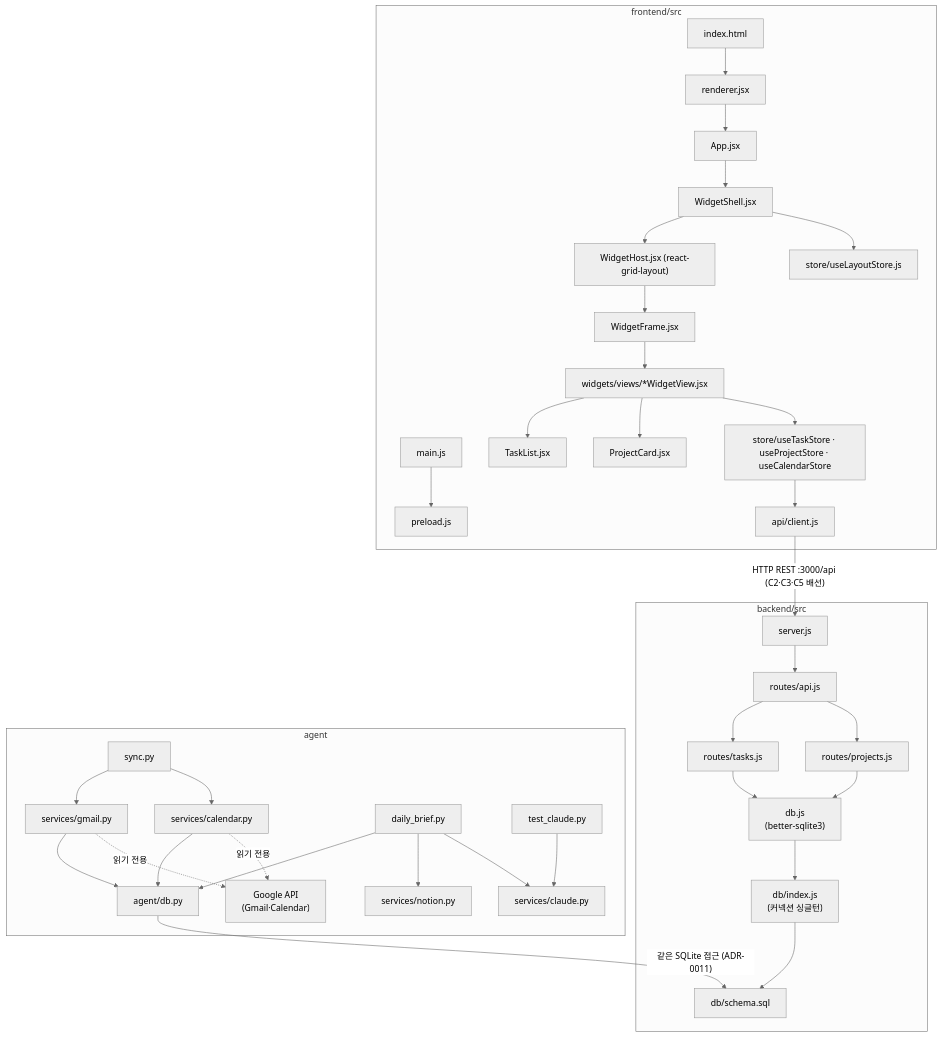
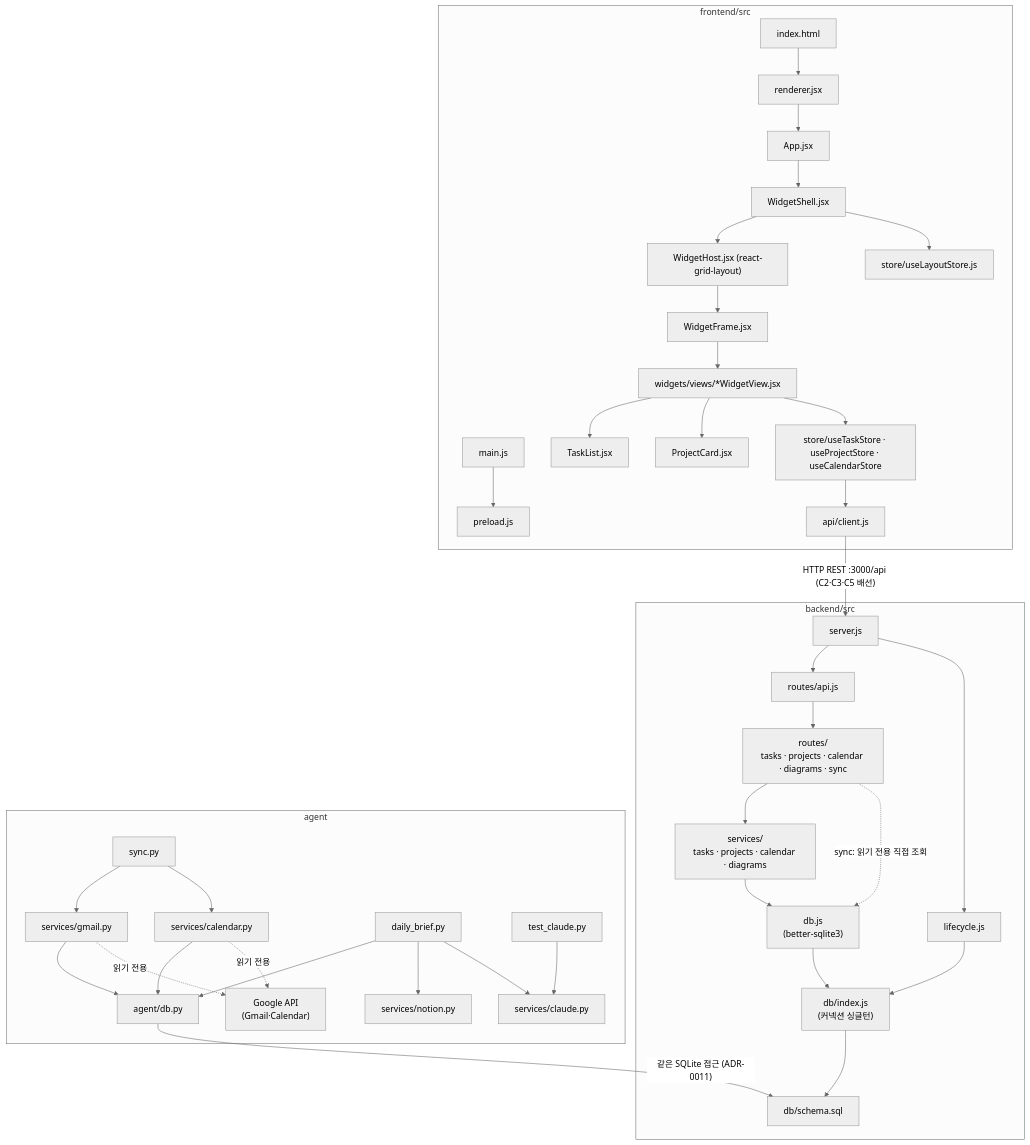
Before and after one commit to gamercross/my-setup-proj: the diagram in docs/product/vision/AS_IS.md, drawn with Mermaid (neutral theme). The commit also changed other lines of this file and 9 other files, not shown here.

First line of the commit message:
docs: NFR-REL-03 종료 정책 개정 + 서비스 계층 + 다이어그램 정합

````diff
--- a/docs/product/vision/AS_IS.md
+++ b/docs/product/vision/AS_IS.md
@@ -95,43 +95,45 @@
 ```mermaid
 flowchart TB
   subgraph FE["frontend/src"]
     MAIN["main.js"] --> PRE["preload.js"]
     IDX["index.html"] --> RJX["renderer.jsx"]
     RJX --> APP["App.jsx"]
     APP --> SHELL["WidgetShell.jsx"]
     SHELL --> HOST["WidgetHost.jsx (react-grid-layout)"]
     HOST --> FRAME["WidgetFrame.jsx"]
     FRAME --> VIEWS["widgets/views/*WidgetView.jsx"]
     VIEWS --> TL["TaskList.jsx"]
     VIEWS --> PC["ProjectCard.jsx"]
     SHELL --> LST["store/useLayoutStore.js"]
     VIEWS --> DST["store/useTaskStore · useProjectStore · useCalendarStore"]
     DST --> CLI["api/client.js"]
   end
 
   subgraph BE["backend/src"]
     SRV["server.js"] --> AR["routes/api.js"]
-    AR --> TR["routes/tasks.js"]
-    AR --> PR["routes/projects.js"]
-    TR --> DBJS["db.js<br/>(better-sqlite3)"]
-    PR --> DBJS
+    SRV --> LC["lifecycle.js"]
+    AR --> RT["routes/<br/>tasks · projects · calendar · diagrams · sync"]
+    RT --> SVC["services/<br/>tasks · projects · calendar · diagrams"]
+    RT -.->|"sync: 읽기 전용 직접 조회"| DBJS
+    SVC --> DBJS["db.js<br/>(better-sqlite3)"]
     DBJS --> DBIDX["db/index.js<br/>(커넥션 싱글턴)"]
     DBIDX --> SCHEMA["db/schema.sql"]
+    LC --> DBIDX
   end
 
   subgraph AGT["agent"]
     SYNC["sync.py"] --> SGM["services/gmail.py"]
     SYNC --> SCA["services/calendar.py"]
     SGM --> ADB["agent/db.py"]
     SCA --> ADB
     DBF["daily_brief.py"] --> ADB
     DBF --> SNO["services/notion.py"]
     DBF --> SCL["services/claude.py"]
     TCL["test_claude.py"] --> SCL
     SGM -. "읽기 전용" .-> GAPI["Google API<br/>(Gmail·Calendar)"]
     SCA -. "읽기 전용" .-> GAPI
   end
 
   CLI -->|"HTTP REST :3000/api (C2·C3·C5 배선)"| SRV
   ADB -->|"같은 SQLite 접근 (ADR-0011)"| SCHEMA
 ```
````
